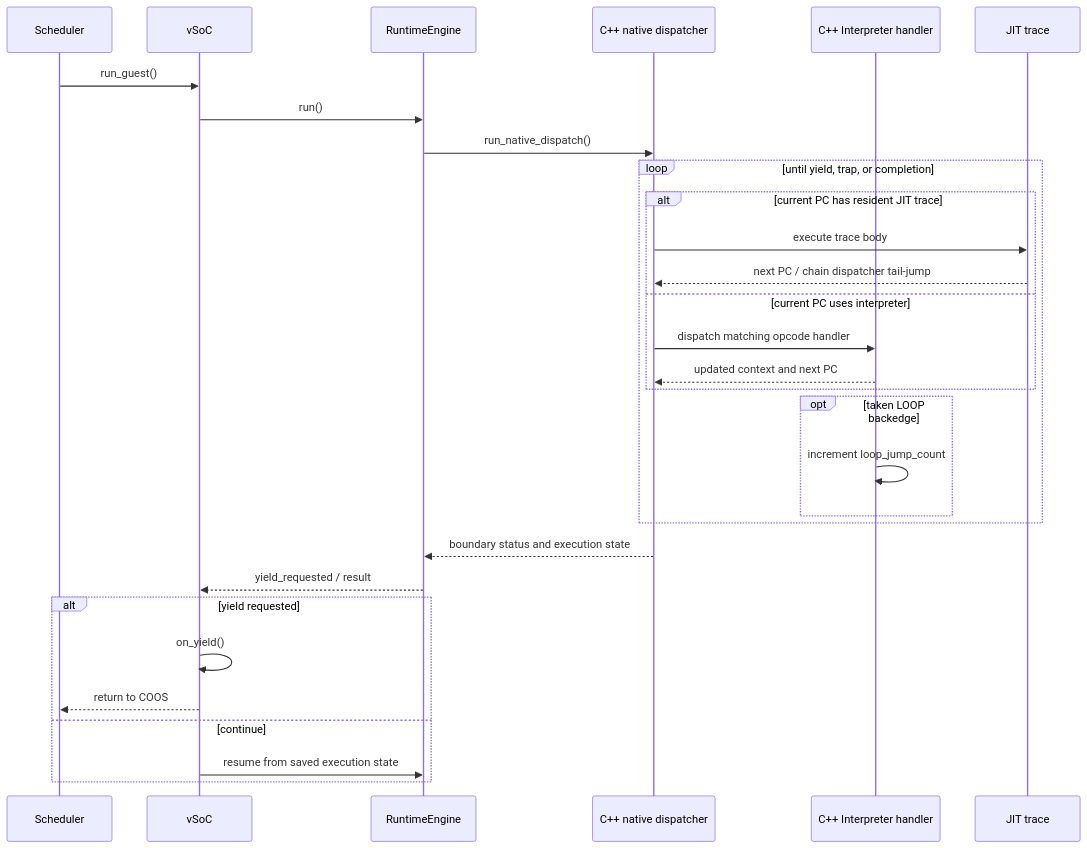
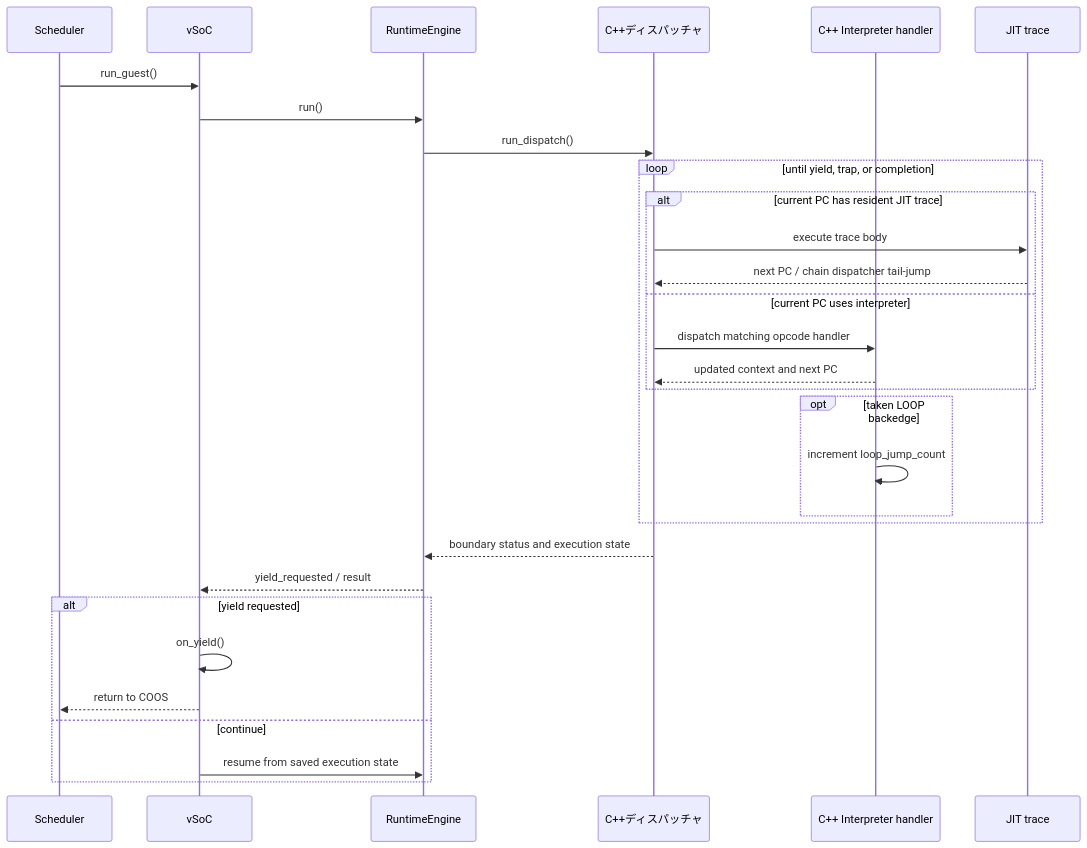
Before and after one commit to kmt-t/fireball: the third of 7 diagrams in docs/components/tier2_runtime/runtime_vsoc.md, drawn with Mermaid. The commit also changed other lines of this file and 75 other files, not shown here.

````diff
--- a/docs/components/tier2_runtime/runtime_vsoc.md
+++ b/docs/components/tier2_runtime/runtime_vsoc.md
@@ -208,33 +207,33 @@
 ```mermaid
 sequenceDiagram
     participant S as Scheduler
     participant V as vSoC
     participant R as RuntimeEngine
-    participant C as C++ native dispatcher
+    participant C as C++ディスパッチャ
     participant H as C++ Interpreter handler
     participant J as JIT trace
 
     S->>V: run_guest()
     V->>R: run()
-    R->>C: run_native_dispatch()
+    R->>C: run_dispatch()
     loop until yield, trap, or completion
         alt current PC has resident JIT trace
             C->>J: execute trace body
             J-->>C: next PC / chain dispatcher tail-jump
         else current PC uses interpreter
             C->>H: dispatch matching opcode handler
             H-->>C: updated context and next PC
         end
         opt taken LOOP backedge
             H->>H: increment loop_jump_count
         end
     end
     C-->>R: boundary status and execution state
     R-->>V: yield_requested / result
     alt yield requested
         V->>V: on_yield()
         V-->>S: return to COOS
     else continue
         V->>R: resume from saved execution state
     end
 ```
````
